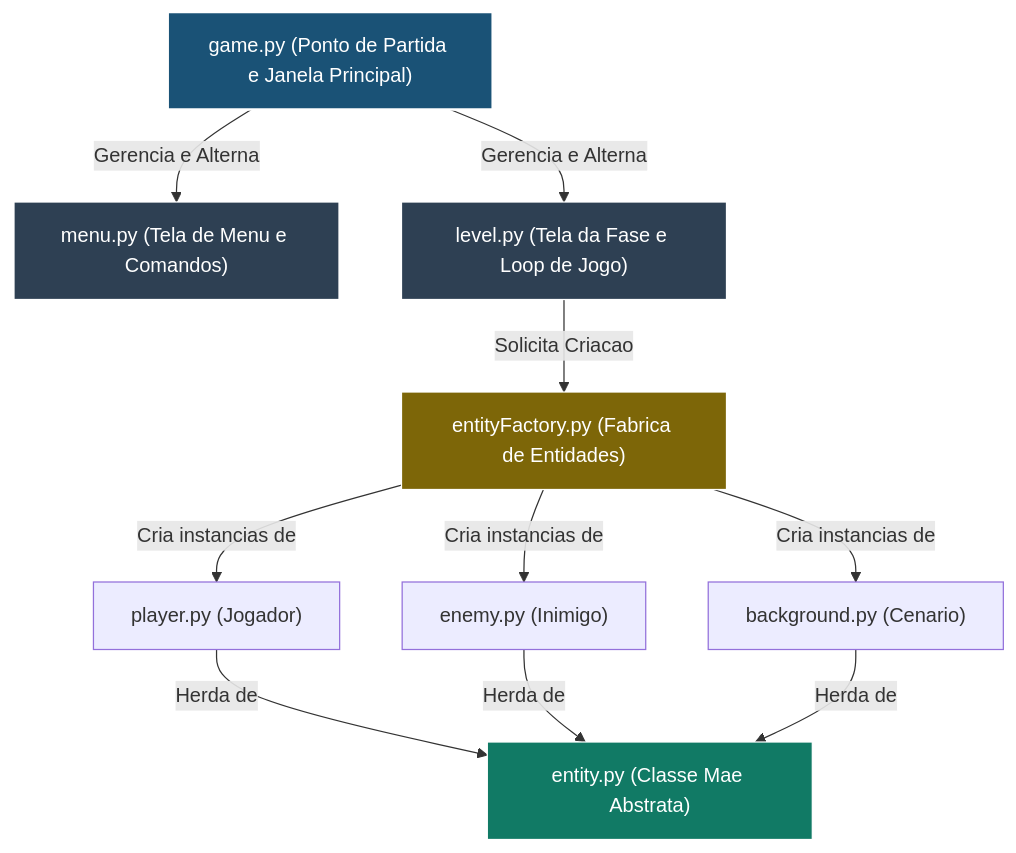
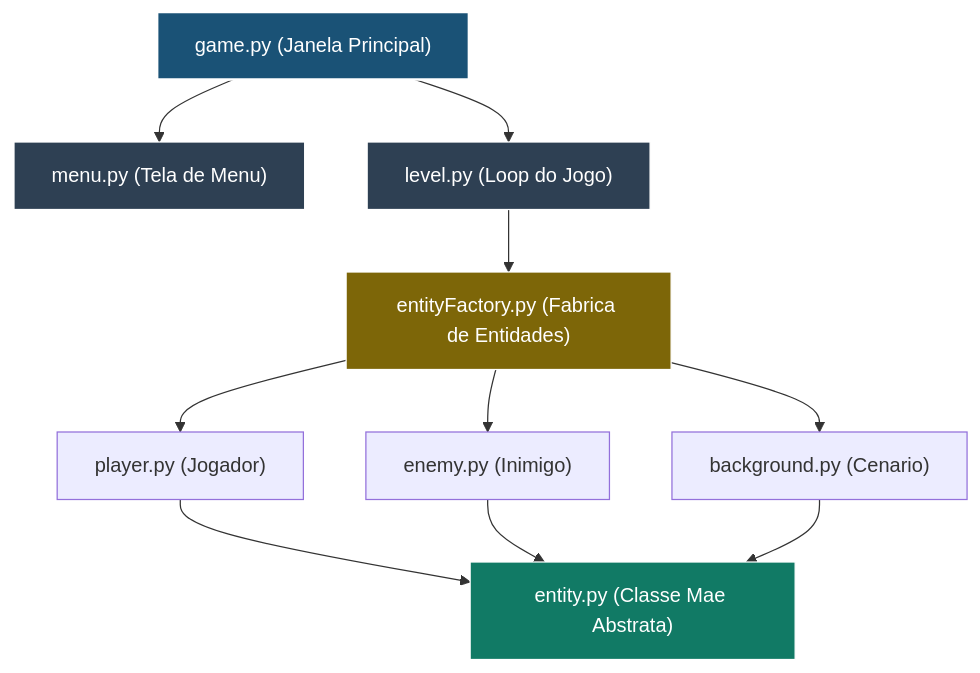
Before and after one commit to nunesaluna/tesouro-do-pirata-pygame: the diagram in arquitetura.md, drawn with Mermaid.

Commit message:
docs: simplifica sintaxe do diagrama para o github

````diff
--- a/arquitetura.md
+++ b/arquitetura.md
@@ -3,21 +3,27 @@
 ```mermaid
 graph TD
-    game["game.py (Ponto de Partida e Janela Principal)"] -->|Gerencia e Alterna| menu["menu.py (Tela de Menu e Comandos)"]
-    game -->|Gerencia e Alterna| level["level.py (Tela da Fase e Loop de Jogo)"]
+    game["game.py (Janela Principal)"]
+    menu["menu.py (Tela de Menu)"]
+    level["level.py (Loop do Jogo)"]
+    factory["entityFactory.py (Fabrica de Entidades)"]
+    player["player.py (Jogador)"]
+    enemy["enemy.py (Inimigo)"]
+    bg["background.py (Cenario)"]
+    entity["entity.py (Classe Mae Abstrata)"]
 
-    level -->|Solicita Criacao| factory["entityFactory.py (Fabrica de Entidades)"]
-
-    factory -->|Cria instancias de| player["player.py (Jogador)"]
-    factory -->|Cria instancias de| enemy["enemy.py (Inimigo)"]
-    factory -->|Cria instancias de| bg["background.py (Cenario)"]
-
-    player -->|Herda de| entity["entity.py (Classe Mae Abstrata)"]
-    enemy -->|Herda de| entity
-    bg -->|Herda de| entity
+    game --> menu
+    game --> level
+    level --> factory
+    factory --> player
+    factory --> enemy
+    factory --> bg
+    player --> entity
+    enemy --> entity
+    bg --> entity
 
     style game fill:#1a5276,stroke:#fff,stroke-width:2px,color:#fff
     style menu fill:#2e4053,stroke:#fff,stroke-width:1px,color:#fff
     style level fill:#2e4053,stroke:#fff,stroke-width:1px,color:#fff
     style factory fill:#7d6608,stroke:#fff,stroke-width:1px,color:#fff
     style entity fill:#117a65,stroke:#fff,stroke-width:1px,color:#fff
 ```
````
